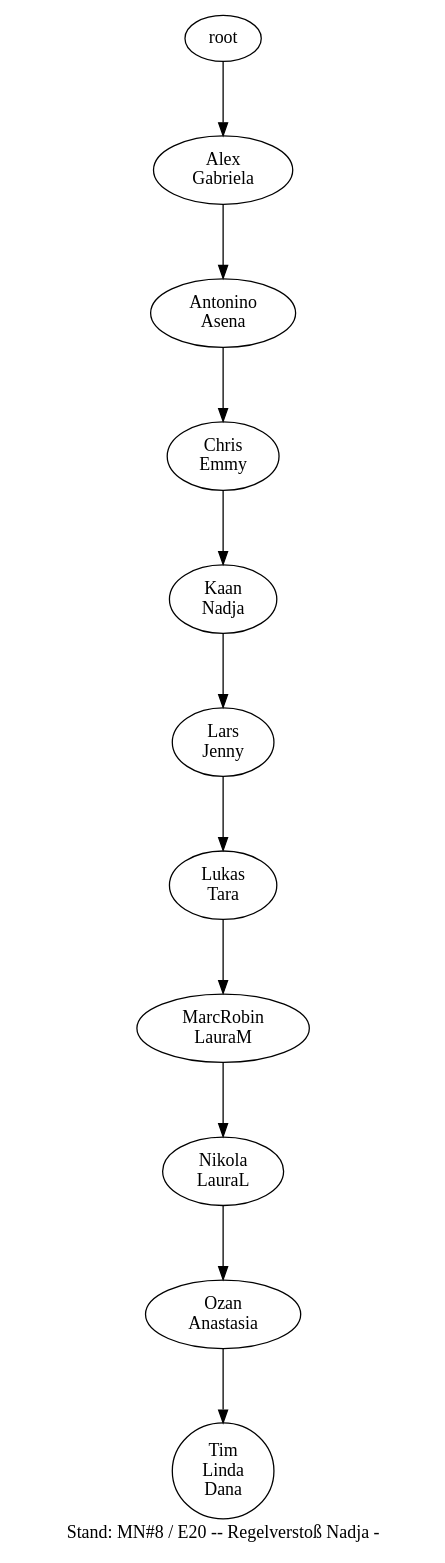
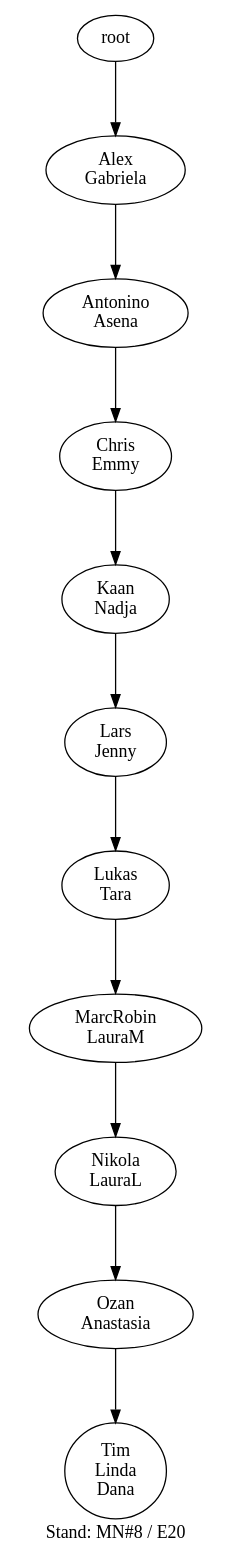
One commit to atticus-sullivan/sim-ayto changed the diagram in data/de04r/de04r.dot. Above: the diagram before and after it, drawn with Graphviz. The commit also changed 10 other files, not shown here.

```diff
--- a/data/de04r/de04r.dot
+++ b/data/de04r/de04r.dot
@@ -1,22 +1,22 @@
-digraph D { labelloc="b"; label="Stand: MN#8 / E20 -- Regelverstoß Nadja -"; ranksep=0.8;
+digraph D { labelloc="b"; label="Stand: MN#8 / E20"; ranksep=0.8;
 "root/3"[label="Alex\nGabriela"]
 "root" -> "root/3";
 "root/3/1"[label="Antonino\nAsena"]
 "root/3" -> "root/3/1";
 "root/3/1/2"[label="Chris\nEmmy"]
 "root/3/1" -> "root/3/1/2";
 "root/3/1/2/8"[label="Kaan\nNadja"]
 "root/3/1/2" -> "root/3/1/2/8";
 "root/3/1/2/8/4"[label="Lars\nJenny"]
 "root/3/1/2/8" -> "root/3/1/2/8/4";
 "root/3/1/2/8/4/9"[label="Lukas\nTara"]
 "root/3/1/2/8/4" -> "root/3/1/2/8/4/9";
 "root/3/1/2/8/4/9/6"[label="MarcRobin\nLauraM"]
 "root/3/1/2/8/4/9" -> "root/3/1/2/8/4/9/6";
 "root/3/1/2/8/4/9/6/5"[label="Nikola\nLauraL"]
 "root/3/1/2/8/4/9/6" -> "root/3/1/2/8/4/9/6/5";
 "root/3/1/2/8/4/9/6/5/0"[label="Ozan\nAnastasia"]
 "root/3/1/2/8/4/9/6/5" -> "root/3/1/2/8/4/9/6/5/0";
 "root/3/1/2/8/4/9/6/5/0/7,10"[label="Tim\nLinda\nDana"]
 "root/3/1/2/8/4/9/6/5/0" -> "root/3/1/2/8/4/9/6/5/0/7,10";
 }
```
